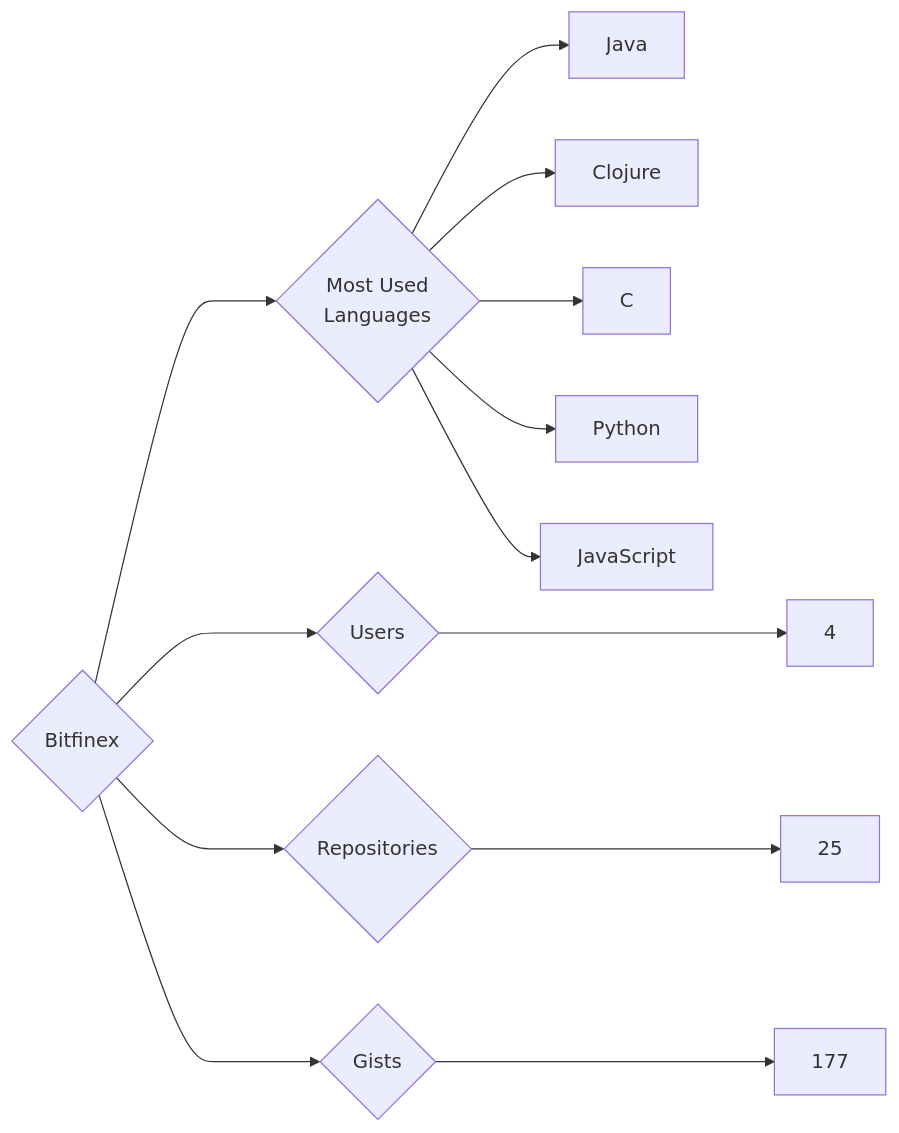
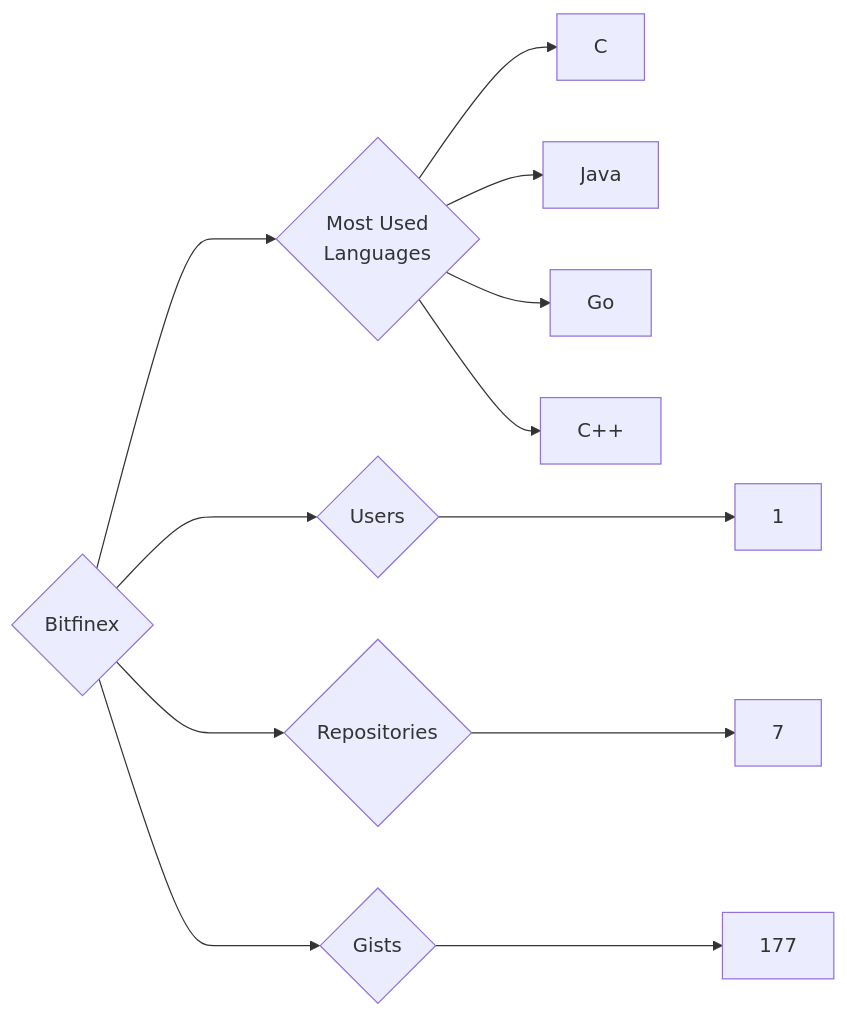
The diagram in targets/Bitfinex/README.md (trickest/insiders), drawn with Mermaid before and after one commit. The commit also changed 636 other files, not shown here.

````diff
--- a/targets/Bitfinex/README.md
+++ b/targets/Bitfinex/README.md
@@ -3,13 +3,12 @@
 ```mermaid
 graph LR
 COMPANY_NAME{Bitfinex}
-COMPANY_NAME ---> U{Users} ---> UN[4]
-COMPANY_NAME ---> R{Repositories} ---> RN[25]
+COMPANY_NAME ---> U{Users} ---> UN[1]
+COMPANY_NAME ---> R{Repositories} ---> RN[7]
 COMPANY_NAME ---> G{Gists} ---> GN[177]
 COMPANY_NAME ---> ML{Most Used<br>Languages}
+ML --> C[C]
 ML --> Java[Java]
-ML --> Clojure[Clojure]
-ML --> C[C]
-ML --> Python[Python]
-ML --> JavaScript[JavaScript]
+ML --> Go[Go]
+ML --> C++[C++]
 ```
````
